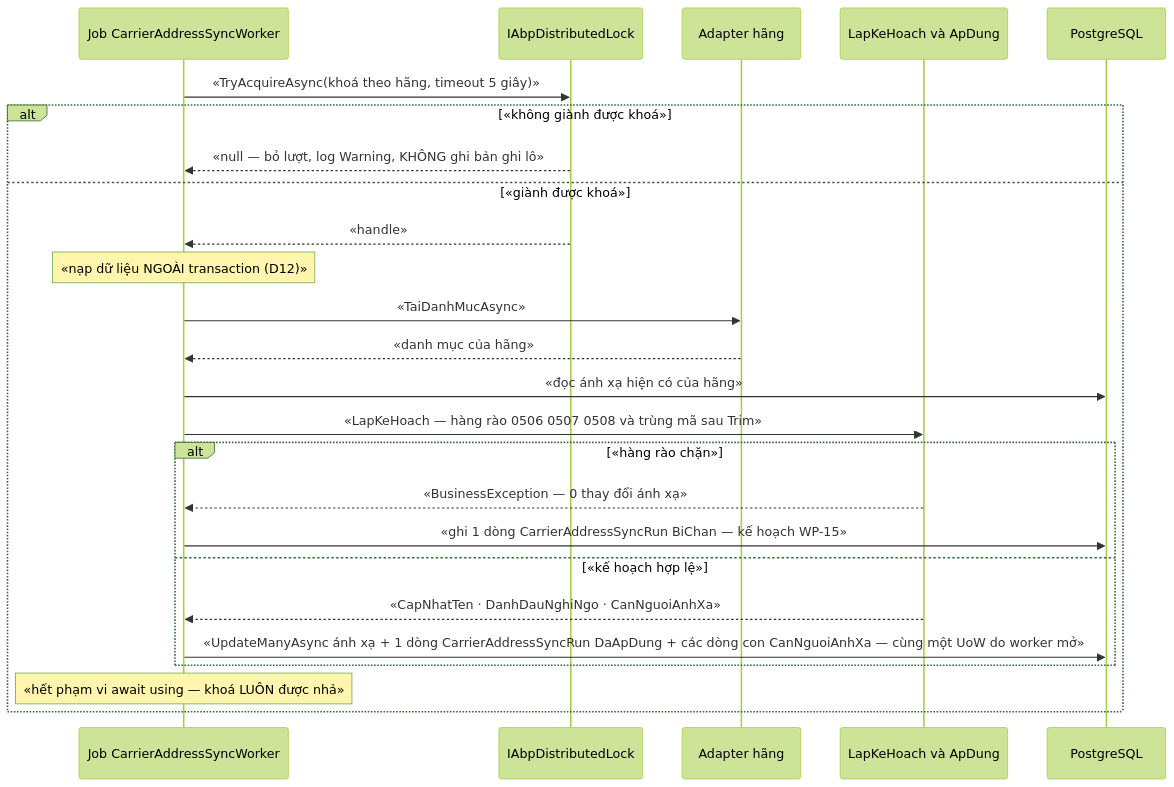
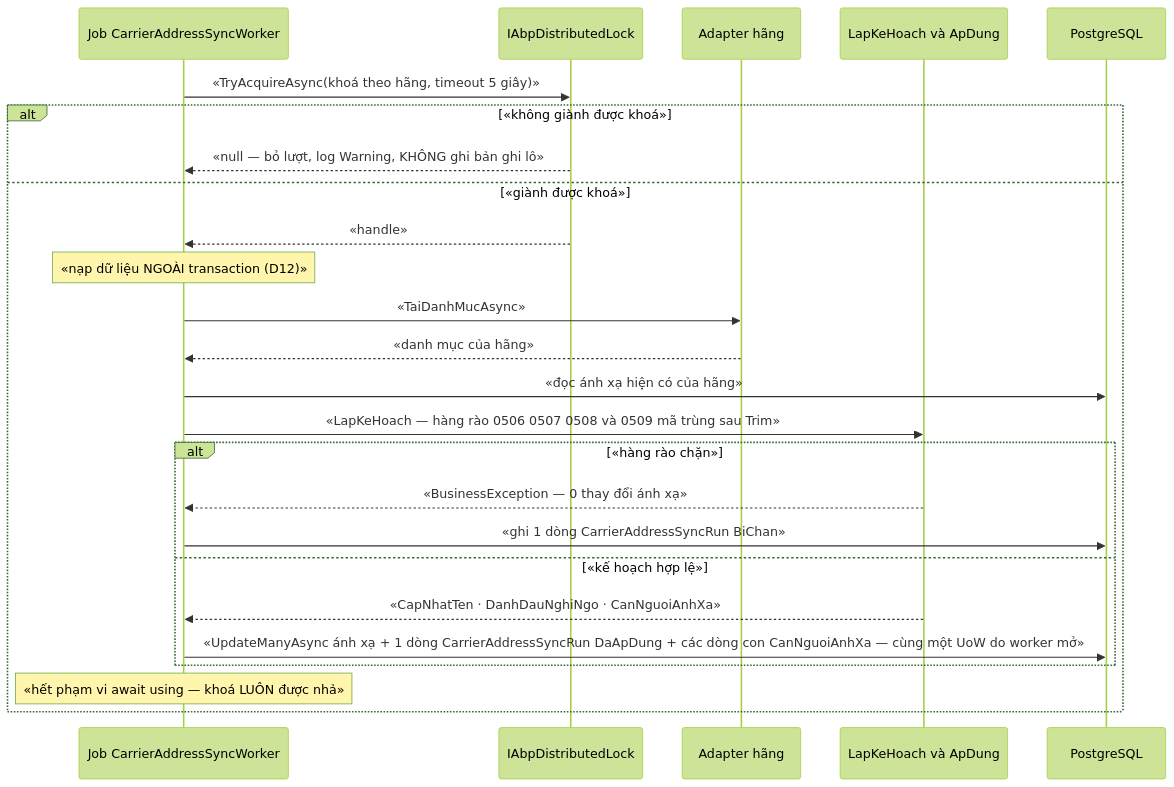
Before and after one commit to hungnt9801/eCommerce: the second of 2 diagrams in docs/features/address/addr-002-dong-bo-ma-dia-chi-theo-hang-van-chuyen.md, drawn with Mermaid (forest theme). The commit also changed other lines of this file and 1 other file, not shown here.

Commit message:
docs(address): N78 - W18-2 sync SRS with as-built ADDR-001/002

````diff
--- a/docs/features/address/addr-002-dong-bo-ma-dia-chi-theo-hang-van-chuyen.md
+++ b/docs/features/address/addr-002-dong-bo-ma-dia-chi-theo-hang-van-chuyen.md
@@ -235,28 +235,28 @@
 ```mermaid
 sequenceDiagram
     participant JOB as Job CarrierAddressSyncWorker
     participant LOCK as IAbpDistributedLock
     participant AD as Adapter hãng
     participant CORE as LapKeHoach và ApDung
     participant DB as PostgreSQL
 
     JOB->>LOCK: «TryAcquireAsync(khoá theo hãng, timeout 5 giây)»
     alt «không giành được khoá»
         LOCK-->>JOB: «null — bỏ lượt, log Warning, KHÔNG ghi bản ghi lô»
     else «giành được khoá»
         LOCK-->>JOB: «handle»
         Note over JOB: «nạp dữ liệu NGOÀI transaction (D12)»
         JOB->>AD: «TaiDanhMucAsync»
         AD-->>JOB: «danh mục của hãng»
         JOB->>DB: «đọc ánh xạ hiện có của hãng»
-        JOB->>CORE: «LapKeHoach — hàng rào 0506 0507 0508 và trùng mã sau Trim»
+        JOB->>CORE: «LapKeHoach — hàng rào 0506 0507 0508 và 0509 mã trùng sau Trim»
         alt «hàng rào chặn»
             CORE-->>JOB: «BusinessException — 0 thay đổi ánh xạ»
-            JOB->>DB: «ghi 1 dòng CarrierAddressSyncRun BiChan — kế hoạch WP-15»
+            JOB->>DB: «ghi 1 dòng CarrierAddressSyncRun BiChan»
         else «kế hoạch hợp lệ»
             CORE-->>JOB: «CapNhatTen · DanhDauNghiNgo · CanNguoiAnhXa»
             JOB->>DB: «UpdateManyAsync ánh xạ + 1 dòng CarrierAddressSyncRun DaApDung + các dòng con CanNguoiAnhXa — cùng một UoW do worker mở»
         end
         Note over JOB: «hết phạm vi await using — khoá LUÔN được nhả»
     end
 ```
````
